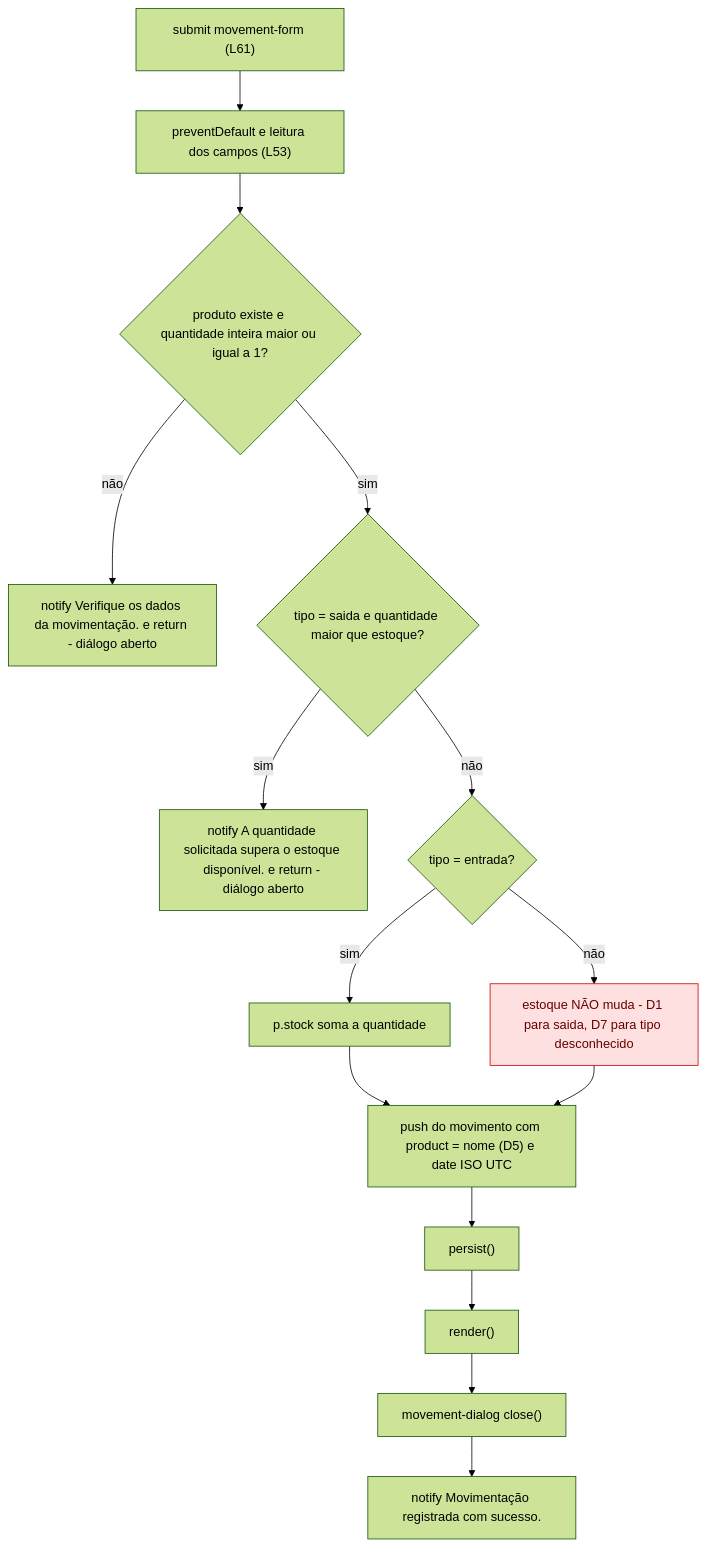
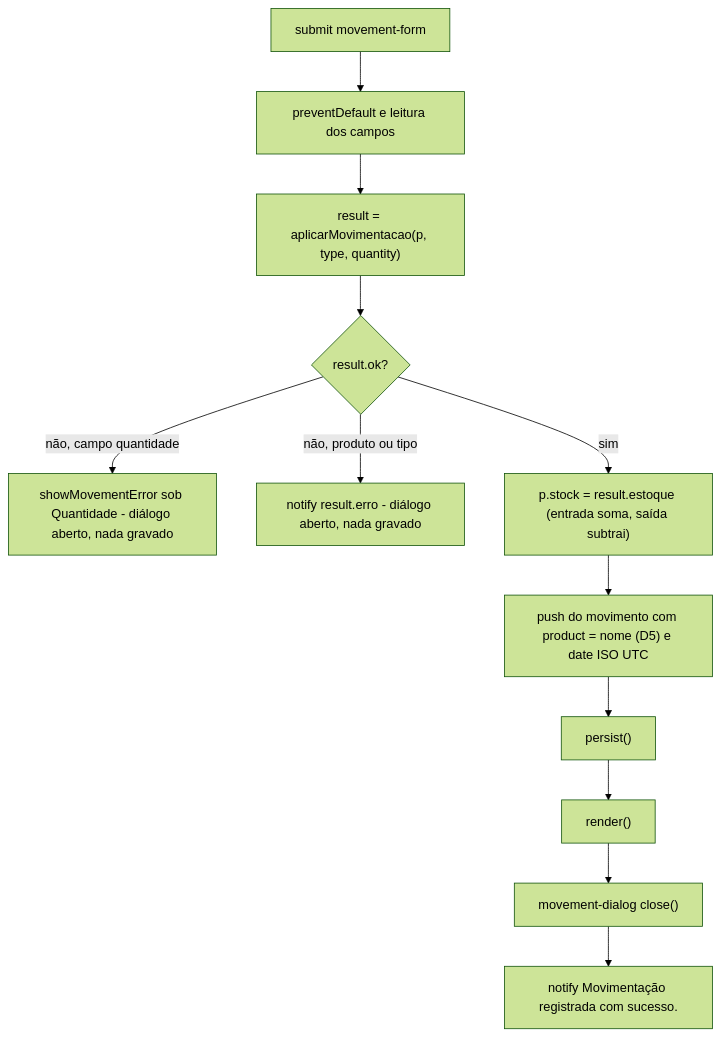
The fourth of 8 diagrams in docs/codigo/app-js.md (Ks7dev/StockLab---Upgrade), drawn with Mermaid (forest theme) before and after one commit. The commit also changed other lines of this file and 5 other files, not shown here.

First line of the commit message:
docs: orienta "Restaurar dados" e documenta a correção da saída (#1)

````diff
--- a/docs/codigo/app-js.md
+++ b/docs/codigo/app-js.md
@@ -675,20 +701,14 @@
 ```mermaid
 flowchart TD
-  S["submit movement-form (L61)"] --> PD["preventDefault e leitura dos campos (L53)"]
-  PD --> V{"produto existe e quantidade inteira maior ou igual a 1?"}
-  V -->|"não"| E1["notify Verifique os dados da movimentação. e return - diálogo aberto"]
-  V -->|"sim"| SA{"tipo = saida e quantidade maior que estoque?"}
-  SA -->|"sim"| E2["notify A quantidade solicitada supera o estoque disponível. e return - diálogo aberto"]
-  SA -->|"não"| EN{"tipo = entrada?"}
-  EN -->|"sim"| ADD["p.stock soma a quantidade"]
-  EN -->|"não"| D1N["estoque NÃO muda - D1 para saida, D7 para tipo desconhecido"]
-  ADD --> PUSH["push do movimento com product = nome (D5) e date ISO UTC"]
-  D1N --> PUSH
+  S["submit movement-form"] --> PD["preventDefault e leitura dos campos"]
+  PD --> AM["result = aplicarMovimentacao(p, type, quantity)"]
+  AM --> OK{"result.ok?"}
+  OK -->|"não, campo quantidade"| E1["showMovementError sob Quantidade - diálogo aberto, nada gravado"]
+  OK -->|"não, produto ou tipo"| E2["notify result.erro - diálogo aberto, nada gravado"]
+  OK -->|"sim"| ST["p.stock = result.estoque (entrada soma, saída subtrai)"]
+  ST --> PUSH["push do movimento com product = nome (D5) e date ISO UTC"]
   PUSH --> PS["persist()"]
   PS --> R["render()"]
   R --> C["movement-dialog close()"]
   C --> N["notify Movimentação registrada com sucesso."]
-
-  classDef defect fill:#ffe0e0,stroke:#c00,color:#600
-  class D1N defect
 ```
````
